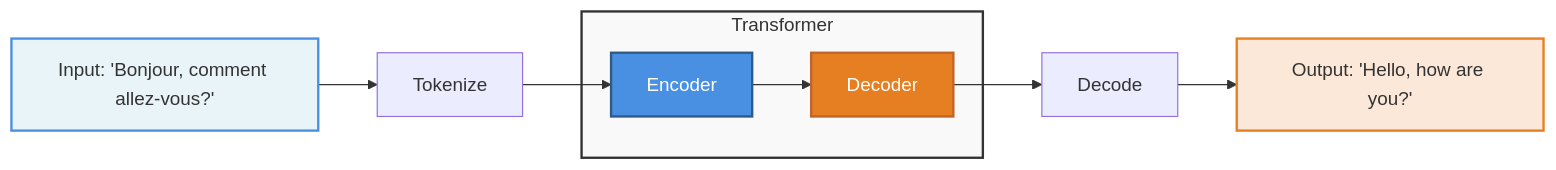
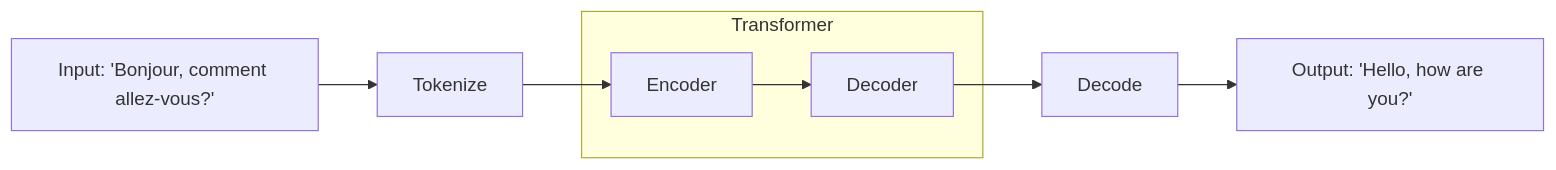
One commit to simonguest/CS-394 changed the diagram in src/01/diagrams/transformer-2.mmd. Above: the diagram before and after it, drawn with Mermaid. The commit also changed 4 other files, not shown here.

Commit message:
Added mermaid theme and removed inline styling

```diff
--- a/src/01/diagrams/transformer-2.mmd
+++ b/src/01/diagrams/transformer-2.mmd
@@ -1,19 +1,13 @@
 graph LR
     Input["Input: 'Bonjour, comment allez-vous?'"]
     
     subgraph Transformer
         Encoder[Encoder]
         Decoder[Decoder]
         Encoder --> Decoder
     end
     
     Output["Output: 'Hello, how are you?'"]
     
     Input --> Tokenize --> Encoder
     Decoder --> Decode --> Output
-    
-    style Encoder fill:#4A90E2,stroke:#2E5C8A,stroke-width:2px,color:#fff
-    style Decoder fill:#E67E22,stroke:#C0652A,stroke-width:2px,color:#fff
-    style Input fill:#E8F4F8,stroke:#4A90E2,stroke-width:2px
-    style Output fill:#FCE8D8,stroke:#E67E22,stroke-width:2px
-    style Transformer fill:#f9f9f9,stroke:#333,stroke-width:2px
```
